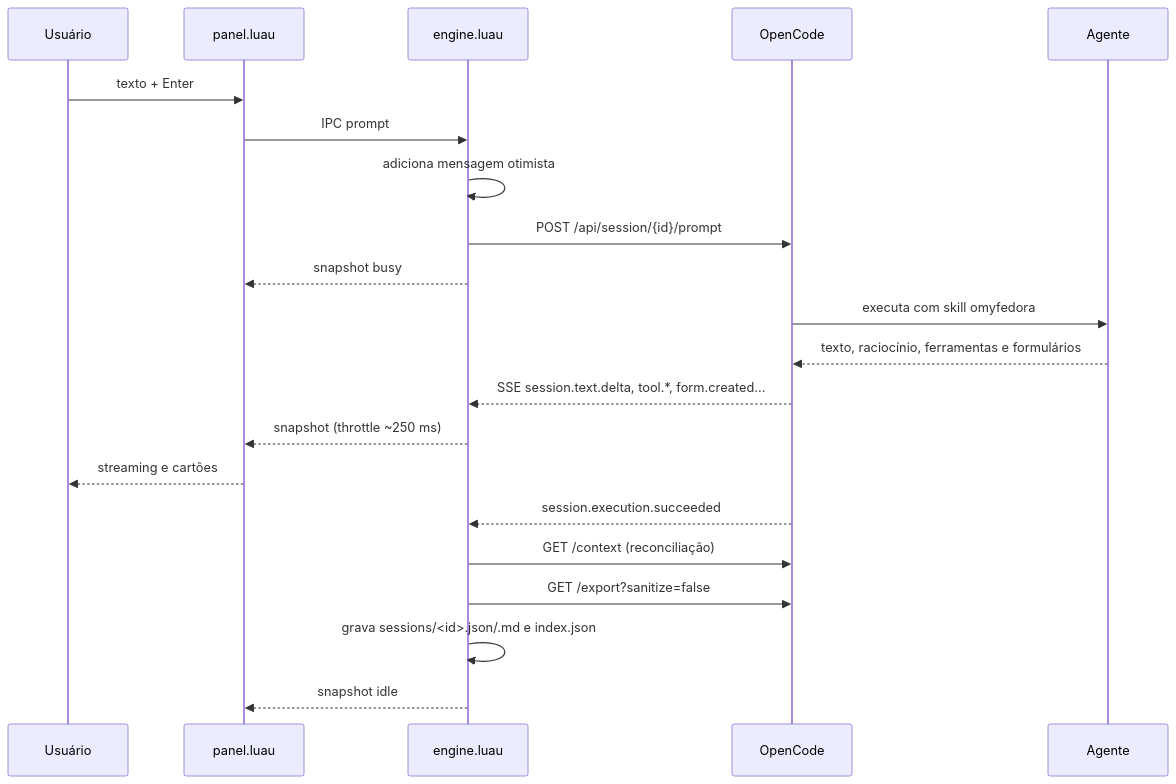
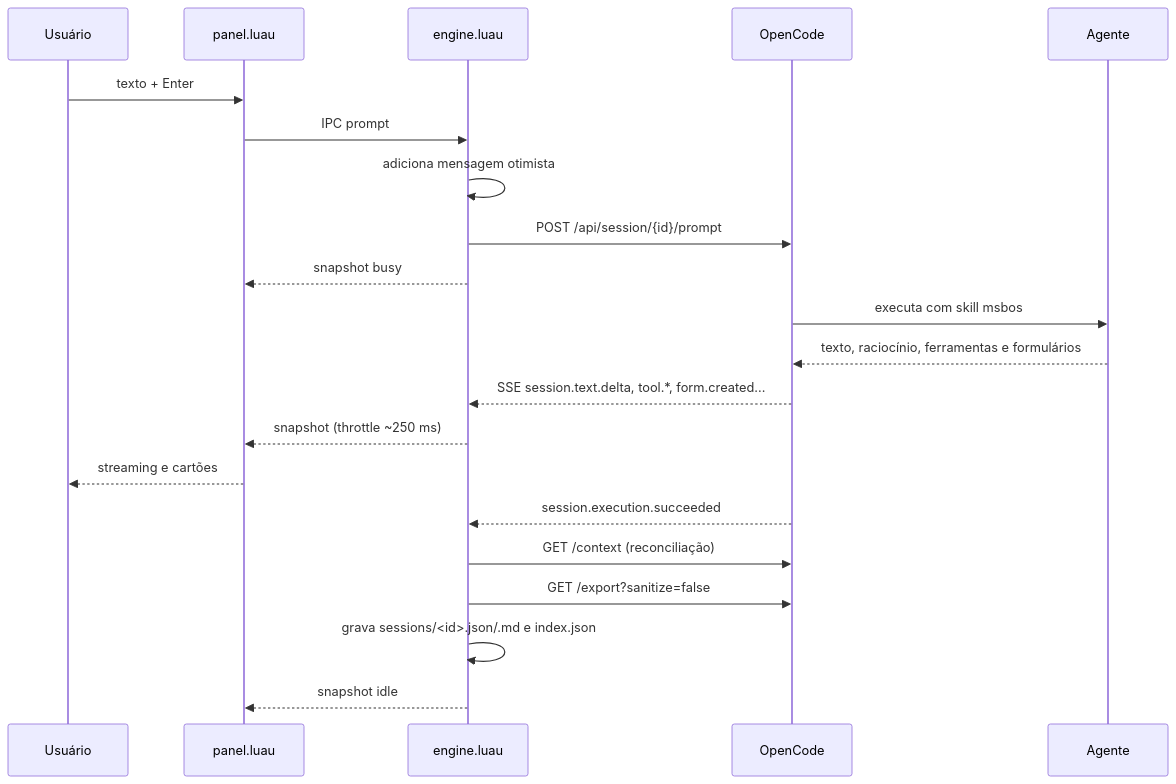
Before and after one commit to marcos2872/msbos-ai-chat: the third of 4 diagrams in docs/arquitetura.md, drawn with Mermaid. The commit also changed other lines of this file and 25 other files, not shown here.

````diff
--- a/docs/arquitetura.md
+++ b/docs/arquitetura.md
@@ -108,24 +108,24 @@
 ```mermaid
 sequenceDiagram
     participant U as Usuário
     participant P as panel.luau
     participant E as engine.luau
     participant OC as OpenCode
     participant A as Agente
 
     U->>P: texto + Enter
     P->>E: IPC prompt
     E->>E: adiciona mensagem otimista
     E->>OC: POST /api/session/{id}/prompt
     E-->>P: snapshot busy
-    OC->>A: executa com skill omyfedora
+    OC->>A: executa com skill msbos
     A-->>OC: texto, raciocínio, ferramentas e formulários
     OC-->>E: SSE session.text.delta, tool.*, form.created...
     E-->>P: snapshot (throttle ~250 ms)
     P-->>U: streaming e cartões
     OC-->>E: session.execution.succeeded
     E->>OC: GET /context (reconciliação)
     E->>OC: GET /export?sanitize=false
     E->>E: grava sessions/<id>.json/.md e index.json
     E-->>P: snapshot idle
 ```
````
